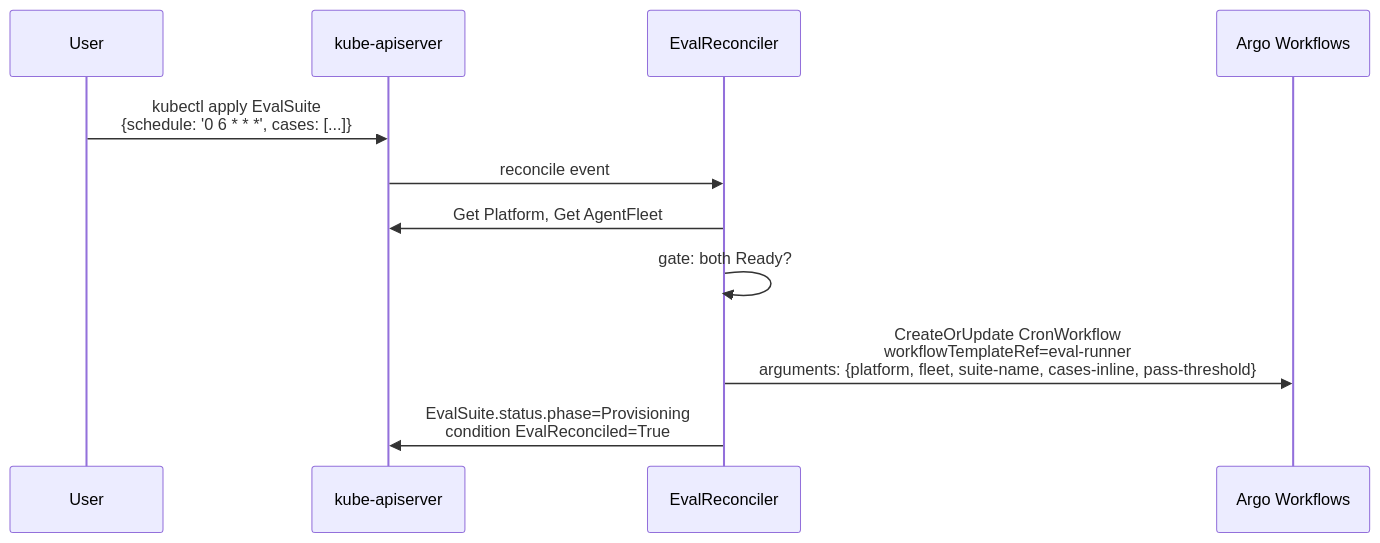
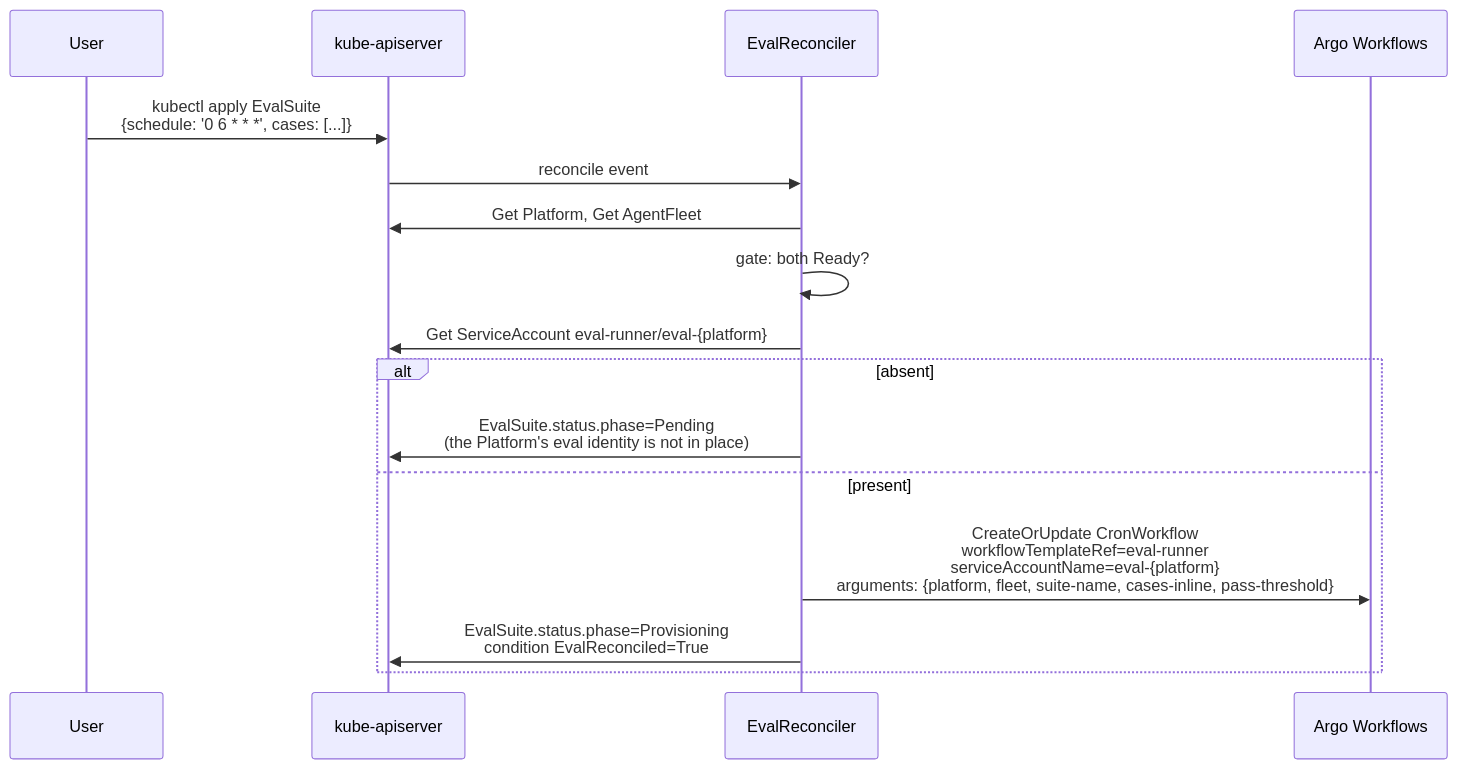
One commit to nanohype/eks-agent-platform changed the first of 3 diagrams in docs/architecture/eval-gating-flow.md. Above: the diagram before and after it, drawn with Mermaid. The commit also changed other lines of this file and 47 other files, not shown here.

````diff
--- a/docs/architecture/eval-gating-flow.md
+++ b/docs/architecture/eval-gating-flow.md
@@ -7,14 +7,19 @@
 ```mermaid
 sequenceDiagram
   participant User
   participant K8s as kube-apiserver
   participant ER as EvalReconciler
   participant Argo as Argo Workflows
 
   User->>K8s: kubectl apply EvalSuite<br/>{schedule: '0 6 * * *', cases: [...]}
   K8s->>ER: reconcile event
   ER->>K8s: Get Platform, Get AgentFleet
   ER->>ER: gate: both Ready?
-  ER->>Argo: CreateOrUpdate CronWorkflow<br/>workflowTemplateRef=eval-runner<br/>arguments: {platform, fleet, suite-name, cases-inline, pass-threshold}
-  ER->>K8s: EvalSuite.status.phase=Provisioning<br/>condition EvalReconciled=True
+  ER->>K8s: Get ServiceAccount eval-runner/eval-{platform}
+  alt absent
+    ER->>K8s: EvalSuite.status.phase=Pending<br/>(the Platform's eval identity is not in place)
+  else present
+    ER->>Argo: CreateOrUpdate CronWorkflow<br/>workflowTemplateRef=eval-runner<br/>serviceAccountName=eval-{platform}<br/>arguments: {platform, fleet, suite-name, cases-inline, pass-threshold}
+    ER->>K8s: EvalSuite.status.phase=Provisioning<br/>condition EvalReconciled=True
+  end
 ```
````
